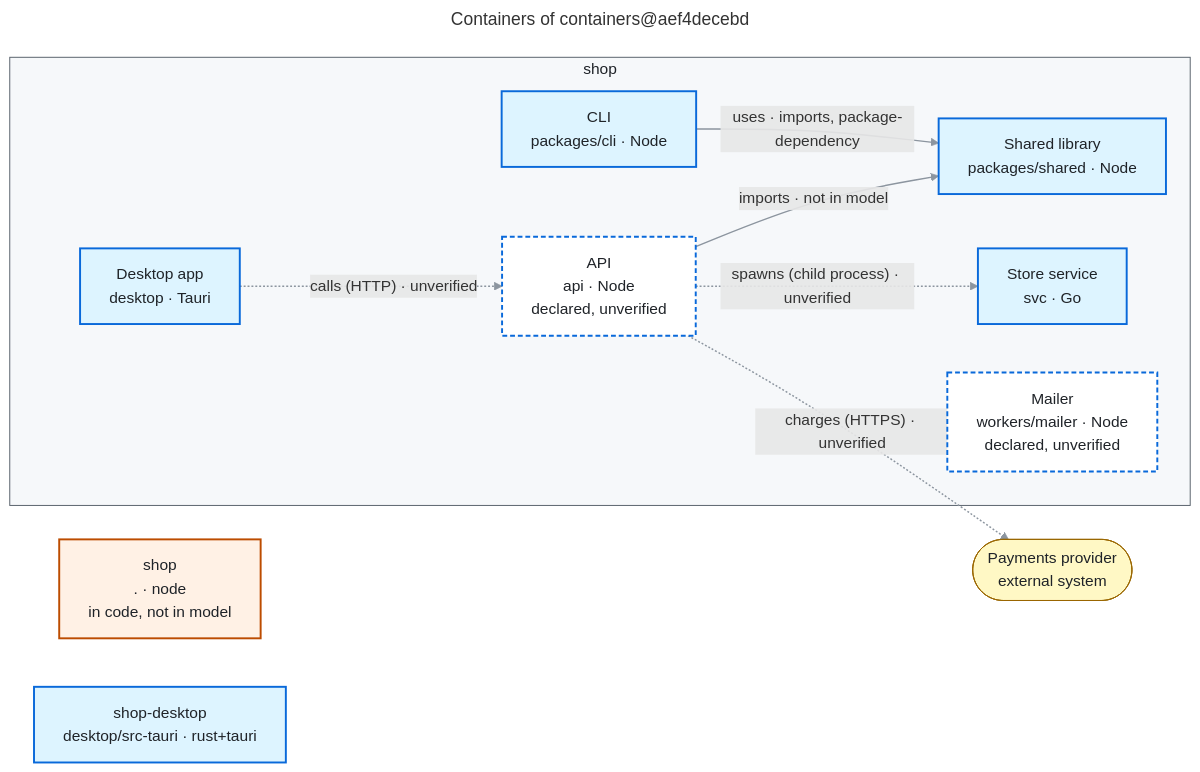
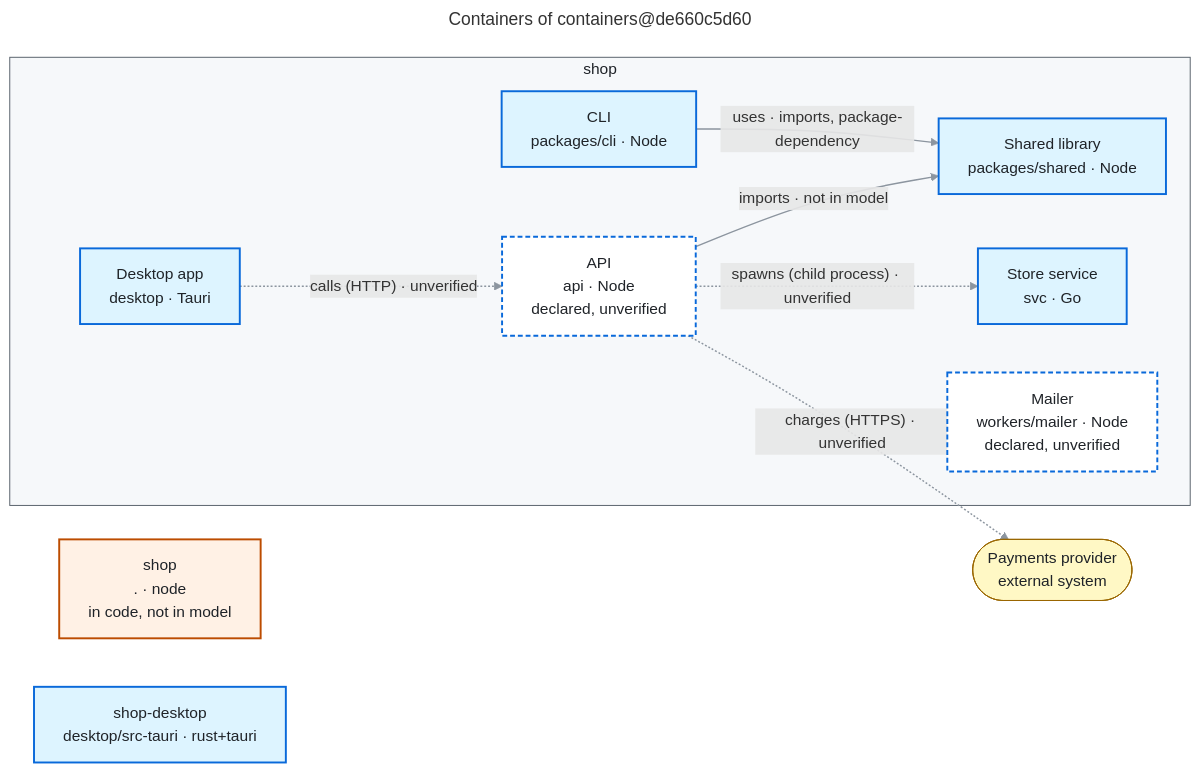
Before and after one commit to FullFran/archsieve: the diagram in examples/containers/containers.md, drawn with Mermaid. The commit also changed other lines of this file and 43 other files, not shown here.

````diff
--- a/examples/containers/containers.md
+++ b/examples/containers/containers.md
@@ -7,34 +7,34 @@
 ```mermaid
 ---
-title: "Containers of containers@aef4decebd"
+title: "Containers of containers@de660c5d60"
 ---
 flowchart LR
   n0["shop<br/>. · node<br/>in code, not in model"]:::undeclared
   n3["shop-desktop<br/>desktop/src-tauri · rust+tauri"]:::container
   n8(["Payments provider<br/>external system"]):::external
   subgraph g0["shop"]
     n1["API<br/>api · Node<br/>declared, unverified"]:::unverified
     n2["Desktop app<br/>desktop · Tauri"]:::container
     n4["CLI<br/>packages/cli · Node"]:::container
     n5["Shared library<br/>packages/shared · Node"]:::container
     n6["Store service<br/>svc · Go"]:::container
     n7["Mailer<br/>workers/mailer · Node<br/>declared, unverified"]:::unverified
   end
   style g0 fill:#f6f8fa,stroke:#57606a,color:#1f2328
   n1 -->|"imports · not in model"| n5
   n1 -.->|"spawns (child process) · unverified"| n6
   n1 -.->|"charges (HTTPS) · unverified"| n8
   n2 -.->|"calls (HTTP) · unverified"| n1
   n4 -->|"uses · imports, package-dependency"| n5
   linkStyle default stroke:#8c959f,stroke-width:1.5px
   classDef code fill:#ddf4ff,stroke:#0969da,color:#1f2328
   classDef external fill:#fff8c5,stroke:#9a6700,color:#1f2328
   classDef module fill:#fbefff,stroke:#8250df,color:#1f2328
   classDef added fill:#dafbe1,stroke:#2da44e,stroke-width:2px,color:#1f2328
   classDef removed fill:#ffebe9,stroke:#cf222e,stroke-dasharray:4 3,color:#1f2328
   classDef boundary fill:#f6f8fa,stroke:#57606a,stroke-dasharray:6 4,color:#1f2328
   classDef container fill:#ddf4ff,stroke:#0969da,stroke-width:2px,color:#1f2328
   classDef unverified fill:#ffffff,stroke:#0969da,stroke-width:2px,stroke-dasharray:5 3,color:#1f2328
   classDef undeclared fill:#fff1e5,stroke:#bc4c00,stroke-width:2px,color:#1f2328
   classDef focus fill:#ddf4ff,stroke:#0969da,stroke-width:4px,color:#1f2328
 ```
````
